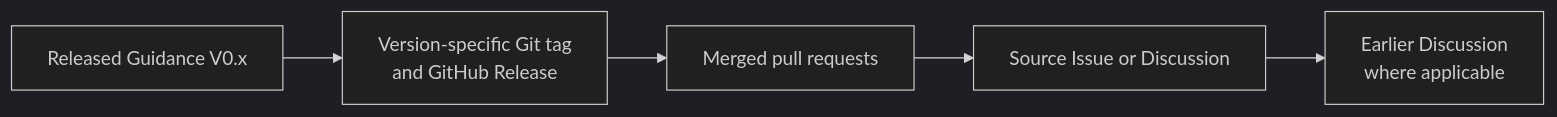
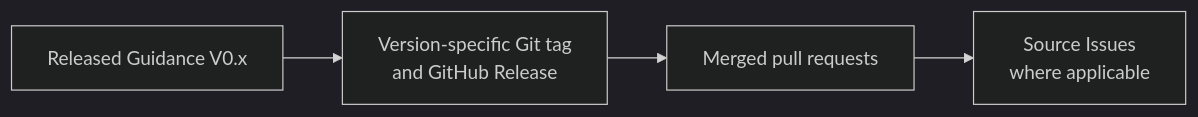
One commit to jvieille/ekr changed the second of 4 diagrams in GOVERNANCE.md. Above: the diagram before and after it, drawn with Mermaid (dark theme). The commit also changed other lines of this file, not shown here.

Commit message:
Make Issues the single normal contribution route

````diff
--- a/GOVERNANCE.md
+++ b/GOVERNANCE.md
@@ -141,7 +135,6 @@
 ```mermaid
 flowchart LR
     R[Released Guidance V0.x] --> T["Version-specific Git tag<br/>and GitHub Release"]
     T --> P[Merged pull requests]
-    P --> S["Source Issue or Discussion"]
-    S --> D["Earlier Discussion<br/>where applicable"]
+    P --> I["Source Issues<br/>where applicable"]
 ```
````
